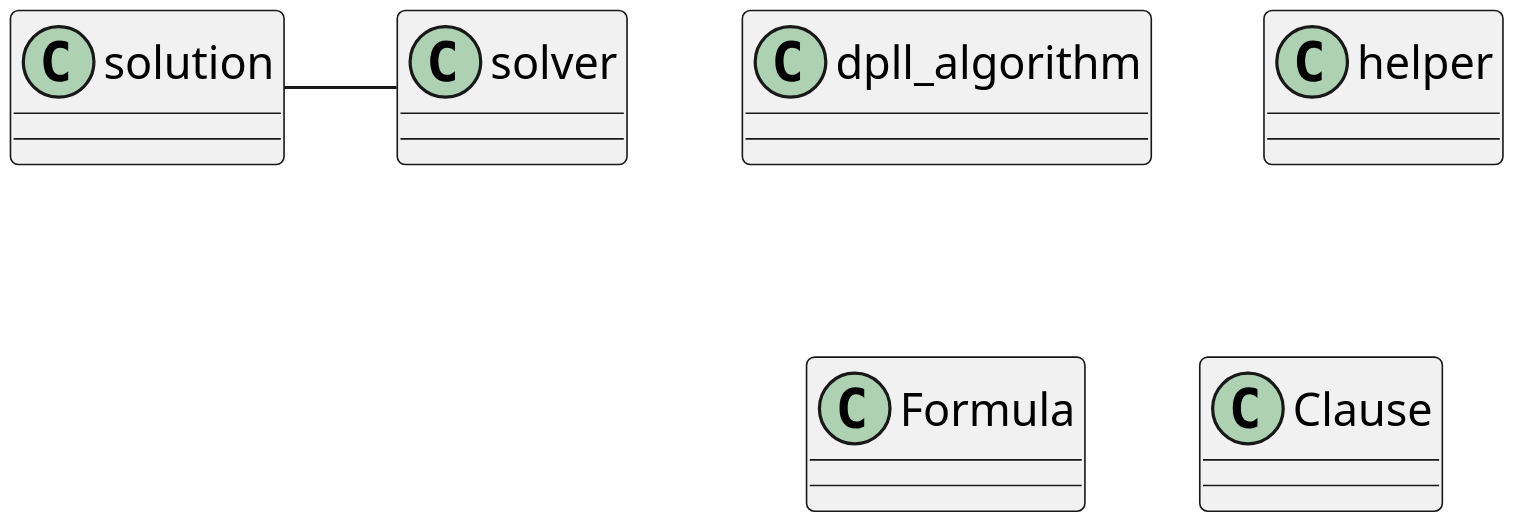
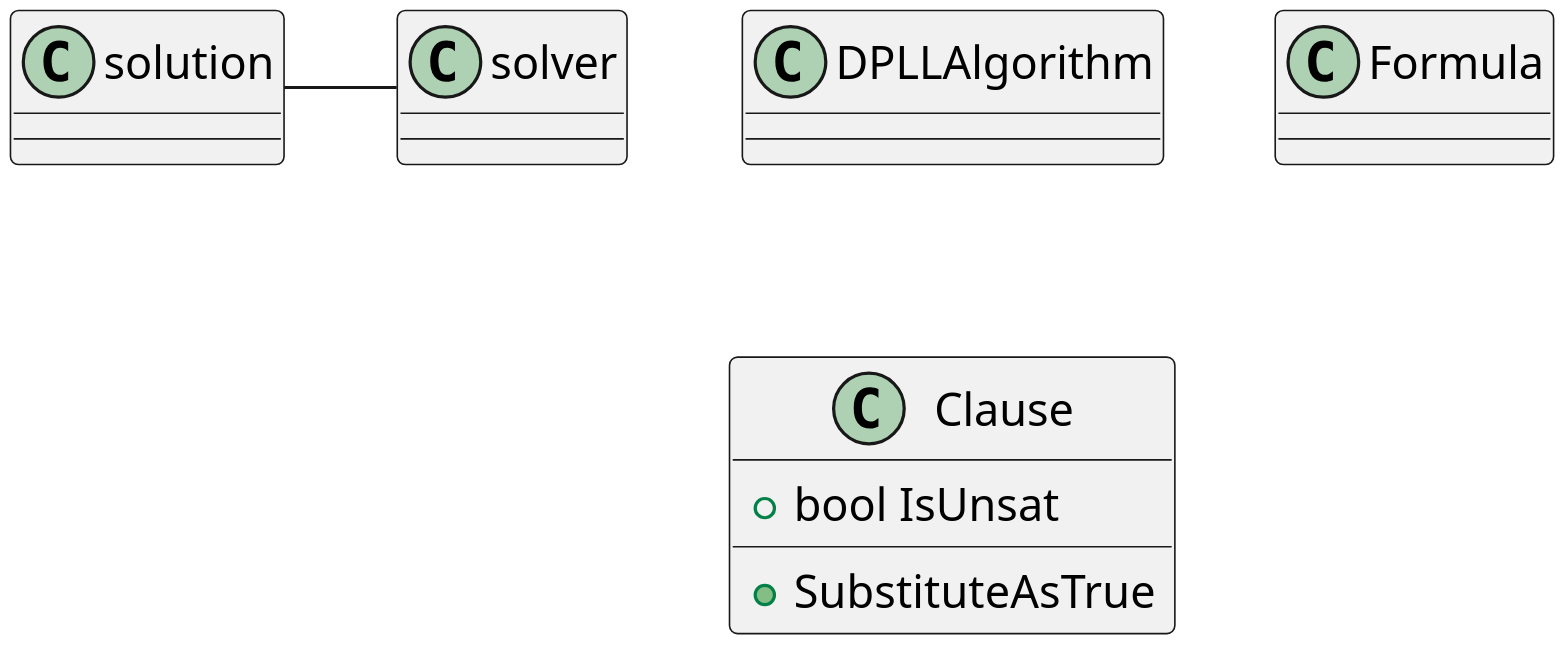
One commit to Wilbertz/Millenium changed the diagram in Satisfiability/MainClasses.puml. Above: the diagram before and after it, drawn with PlantUML.

Commit message:
Class diagram enhanced.

```diff
--- a/Satisfiability/MainClasses.puml
+++ b/Satisfiability/MainClasses.puml
@@ -1,12 +1,13 @@
 @startuml
-'' plantumlfile1
+'' Main classes.
 scale 3
-class dpll_algorithm
-class solution
-class solver
-class helper
+class DPLLAlgorithm
 class Formula
 class Clause
+{
+	+ {field} bool IsUnsat
+	+ {method} SubstituteAsTrue
+}
 solution - solver
 
 @enduml
```
